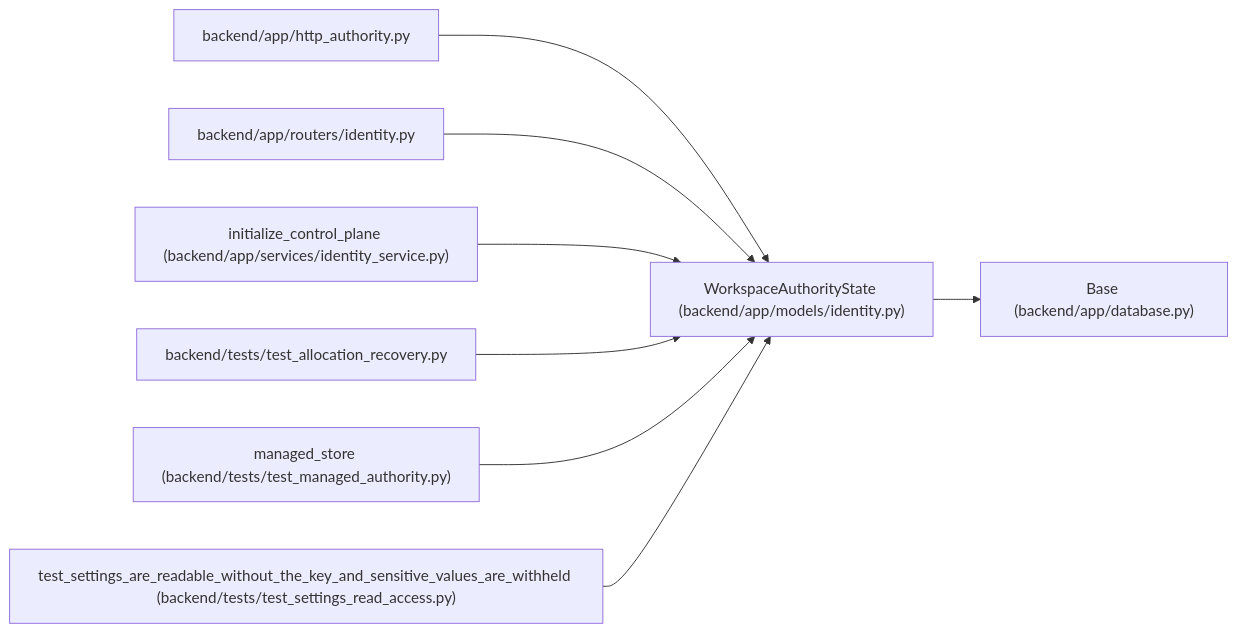
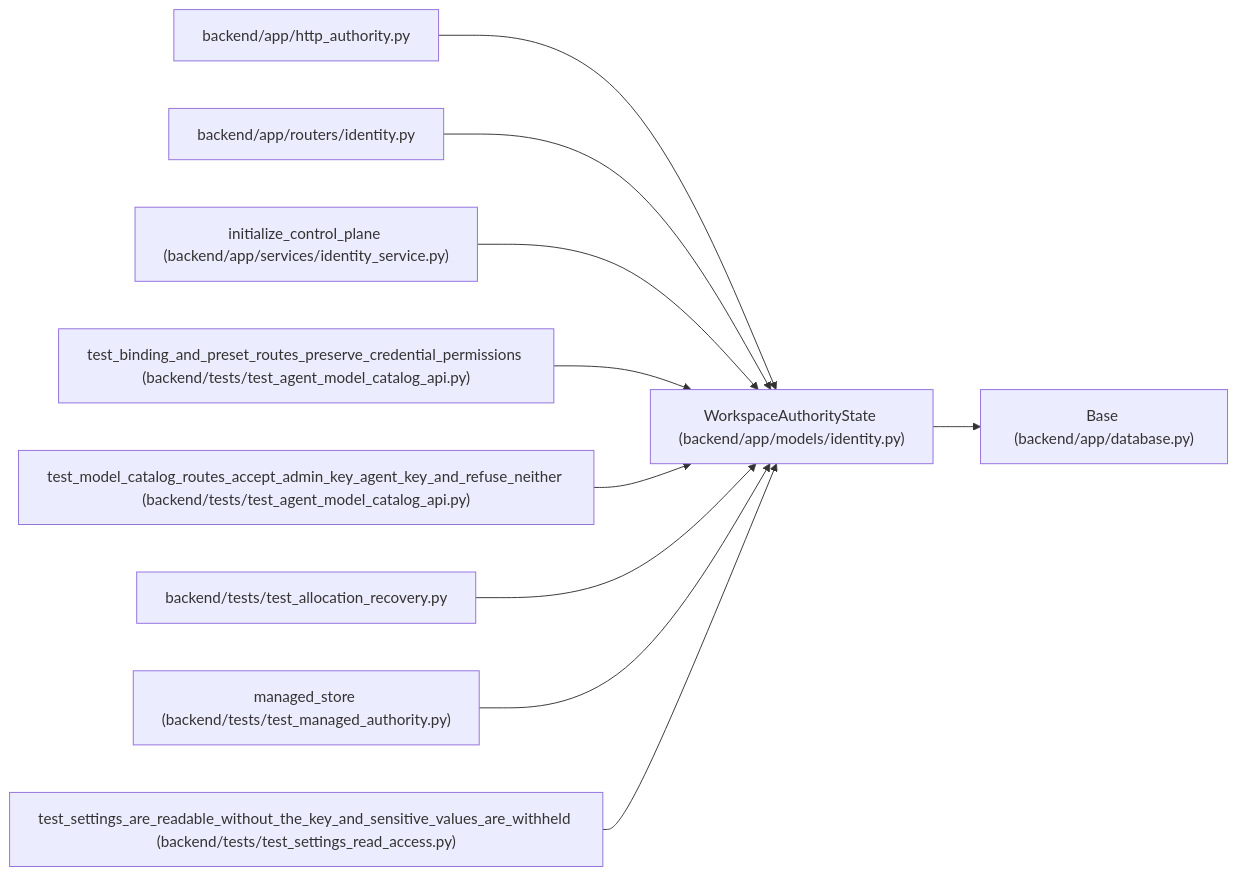
One commit to Denissvgn/WorkChord changed the diagram in docs/llm_wiki/entities/WorkspaceAuthorityState.md. Above: the diagram before and after it, drawn with Mermaid. The commit also changed other lines of this file and 2373 other files, not shown here.

````diff
--- a/docs/llm_wiki/entities/WorkspaceAuthorityState.md
+++ b/docs/llm_wiki/entities/WorkspaceAuthorityState.md
@@ -27,26 +27,32 @@
 ```mermaid
 flowchart LR
     n0["WorkspaceAuthorityState (backend/app/models/identity.py)"]
     n1["Base (backend/app/database.py)"]
     n2["backend/app/http_authority.py"]
     n3["backend/app/routers/identity.py"]
     n4["initialize_control_plane (backend/app/services/identity_service.py)"]
-    n5["backend/tests/test_allocation_recovery.py"]
-    n6["managed_store (backend/tests/test_managed_authority.py)"]
-    n7["test_settings_are_readable_without_the_key_and_sensitive_values_are_withheld (backend/tests/test_settings_read_access.py)"]
+    n5["test_binding_and_preset_routes_preserve_credential_permissions (backend/tests/test_agent_model_catalog_api.py)"]
+    n6["test_model_catalog_routes_accept_admin_key_agent_key_and_refuse_neither (backend/tests/test_agent_model_catalog_api.py)"]
+    n7["backend/tests/test_allocation_recovery.py"]
+    n8["managed_store (backend/tests/test_managed_authority.py)"]
+    n9["test_settings_are_readable_without_the_key_and_sensitive_values_are_withheld (backend/tests/test_settings_read_access.py)"]
     n0 --> n1
     n2 --> n0
     n3 --> n0
     n4 --> n0
     n5 --> n0
     n6 --> n0
     n7 --> n0
+    n8 --> n0
+    n9 --> n0
     click n0 "../modules/models_identity.md"
     click n1 "../modules/app_database.md"
     click n2 "../modules/http_authority.md"
     click n3 "../modules/routers_identity.md"
     click n4 "../modules/identity_service.md"
-    click n5 "../modules/test_allocation_recovery.md"
-    click n6 "../modules/test_managed_authority.md"
-    click n7 "../modules/test_settings_read_access.md"
+    click n5 "../modules/test_agent_model_catalog_api.md"
+    click n6 "../modules/test_agent_model_catalog_api.md"
+    click n7 "../modules/test_allocation_recovery.md"
+    click n8 "../modules/test_managed_authority.md"
+    click n9 "../modules/test_settings_read_access.md"
 ```
````
